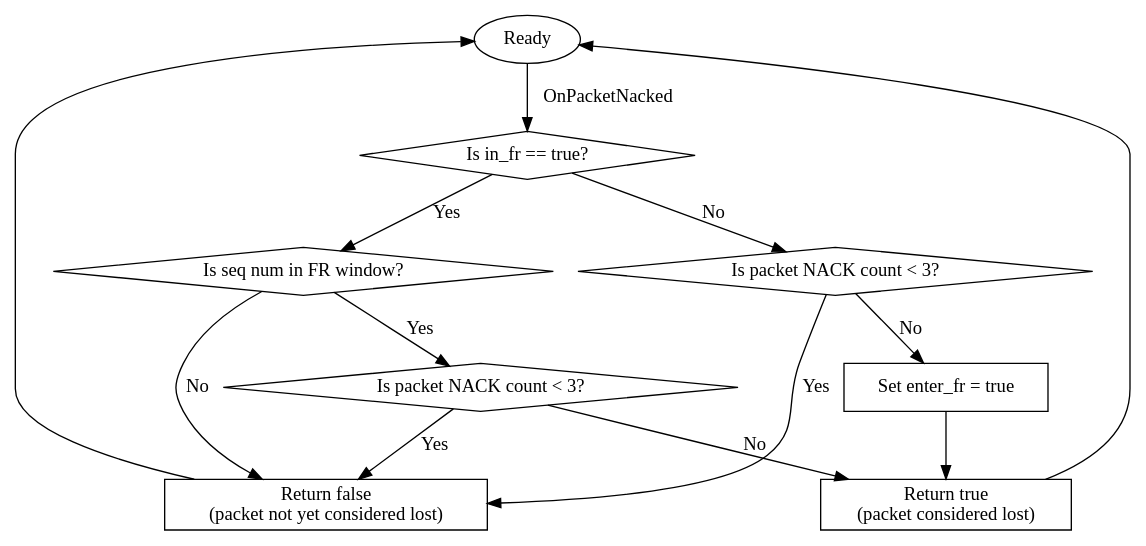
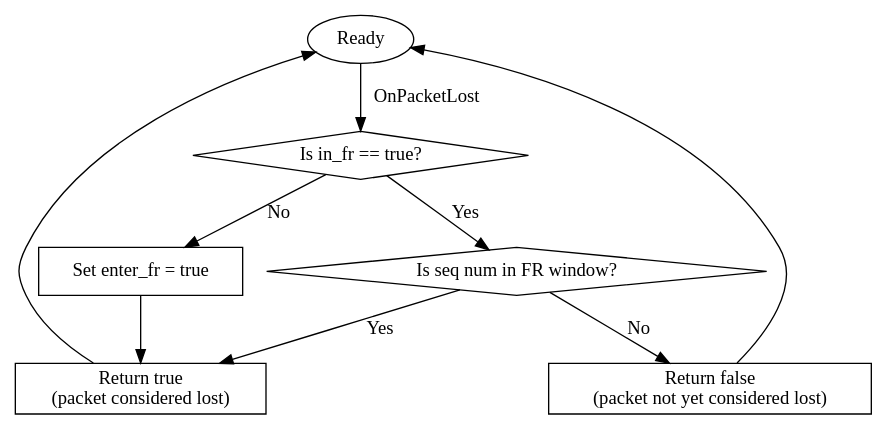
The diagram in iron/sliq/doc/cubic_onpacketnacked.dot (raytheonbbn/IRON), drawn with Graphviz before and after one commit. The commit also changed 199 other files, not shown here.

```diff
--- a/iron/sliq/doc/cubic_onpacketnacked.dot
+++ b/iron/sliq/doc/cubic_onpacketnacked.dot
@@ -1,23 +1,17 @@
 digraph sliq_cubic_onpacketnacked {
     redy [ shape = ellipse, label = "Ready" ];
     blk1 [ shape = box,     label = "Set enter_fr = true" ];
     blk2 [ shape = box,     label = "Return false\n(packet not yet considered lost)" ];
     blk3 [ shape = box,     label = "Return true\n(packet considered lost)" ];
     dsc1 [ shape = diamond, label = "Is in_fr == true?" ];
     dsc2 [ shape = diamond, label = "Is seq num in FR window?" ];
-    dsc3 [ shape = diamond, label = "Is packet NACK count < 3?" ];
-    dsc4 [ shape = diamond, label = "Is packet NACK count < 3?" ];
 
-    redy -> dsc1 [ label = "OnPacketNacked" ];
+    redy -> dsc1 [ label = "OnPacketLost" ];
     dsc1 -> dsc2 [ label = "Yes" ];
-    dsc1 -> dsc4 [ label = "No" ];
-    dsc2 -> dsc3 [ label = "Yes" ];
+    dsc1 -> blk1 [ label = "No" ];
+    dsc2 -> blk3 [ label = "Yes" ];
     dsc2 -> blk2 [ label = "No" ];
-    dsc3 -> blk2 [ label = "Yes" ];
-    dsc3 -> blk3 [ label = "No" ];
-    dsc4 -> blk2 [ label = "Yes" ];
-    dsc4 -> blk1 [ label = "No" ];
     blk1 -> blk3;
     blk2 -> redy;
     blk3 -> redy;
 }
```
